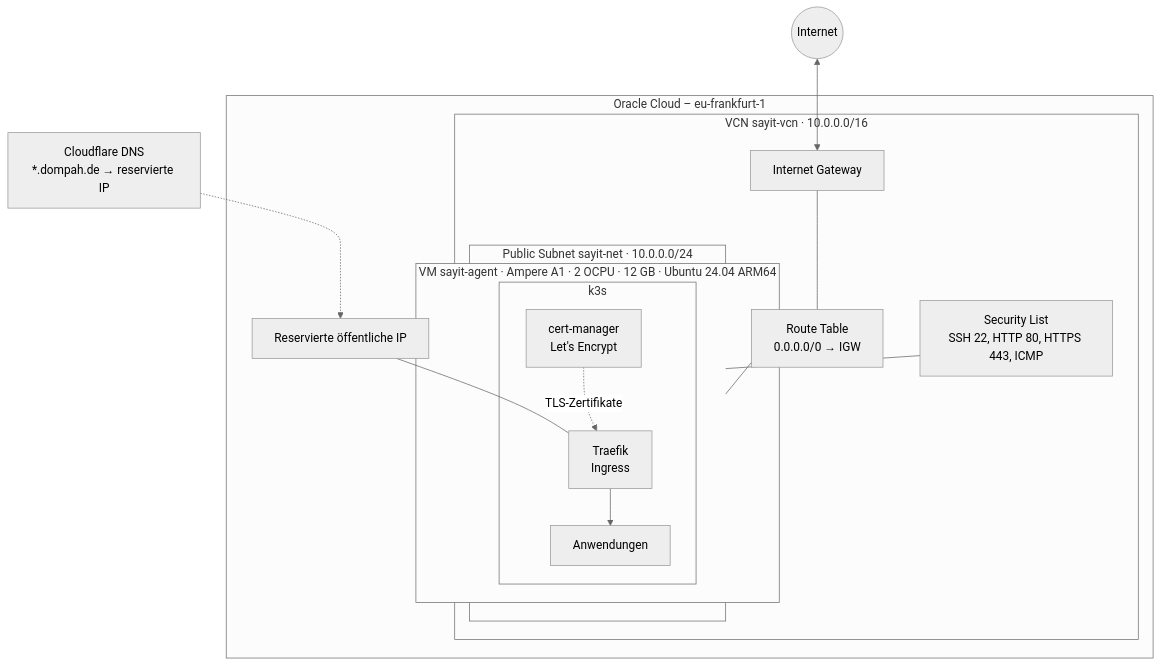
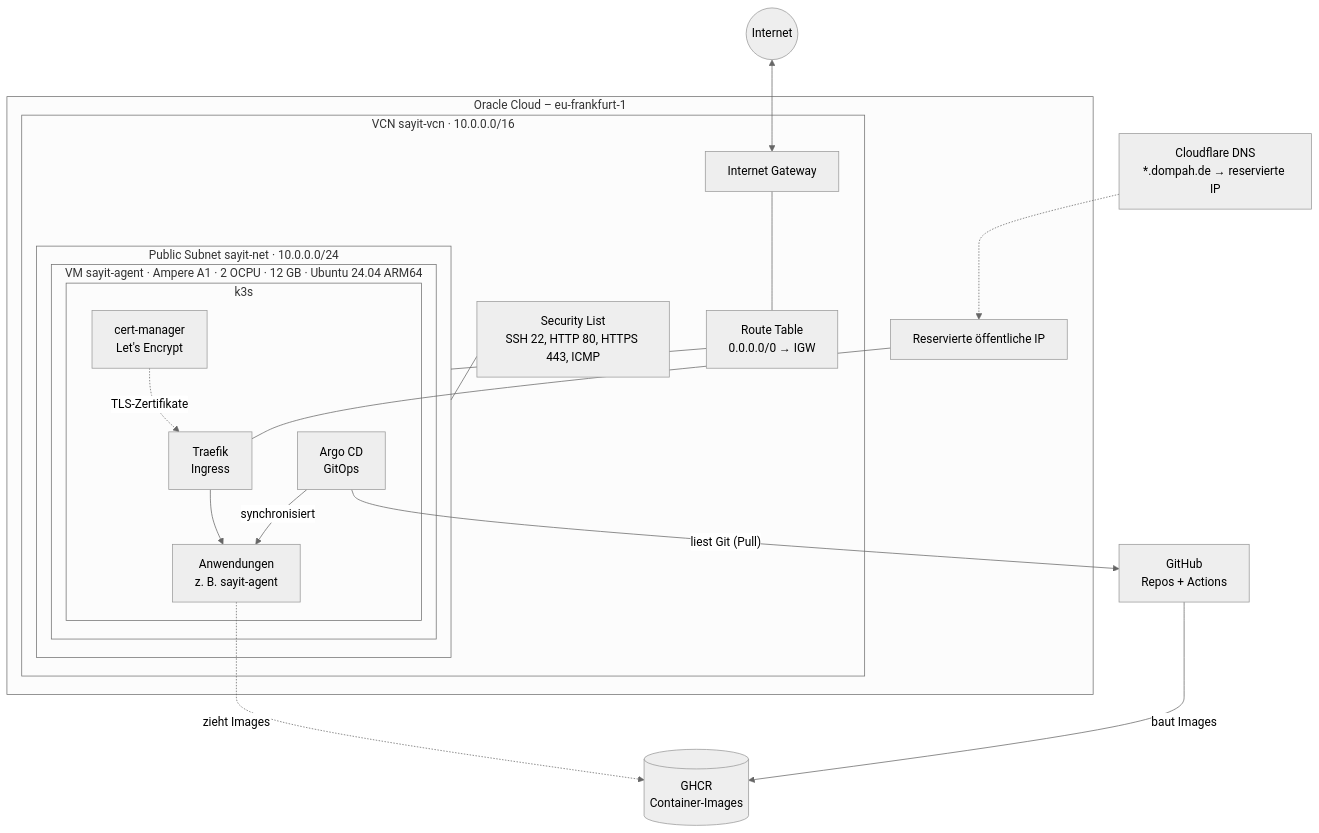
Before and after one commit to DomNicode/oracle-platform: the first of 2 diagrams in README.md, drawn with Mermaid (neutral theme). The commit also changed other lines of this file and 1 other file, not shown here.

Commit message:
Doku: Argo CD, GitOps-Ablauf und Secrets

````diff
--- a/README.md
+++ b/README.md
@@ -12,34 +12,41 @@
 ```mermaid
 flowchart TB
     Internet((Internet))
 
     subgraph OCI["Oracle Cloud – eu-frankfurt-1"]
         subgraph VCN["VCN sayit-vcn · 10.0.0.0/16"]
             IGW[Internet Gateway]
             RT[Route Table<br/>0.0.0.0/0 → IGW]
             SL[Security List<br/>SSH 22, HTTP 80, HTTPS 443, ICMP]
 
             subgraph Subnet["Public Subnet sayit-net · 10.0.0.0/24"]
                 subgraph VM["VM sayit-agent · Ampere A1 · 2 OCPU · 12 GB · Ubuntu 24.04 ARM64"]
                     subgraph K3S["k3s"]
                         TR[Traefik<br/>Ingress]
                         CM[cert-manager<br/>Let's Encrypt]
-                        APPS[Anwendungen]
+                        ARGO[Argo CD<br/>GitOps]
+                        APPS[Anwendungen<br/>z. B. sayit-agent]
                     end
                 end
             end
         end
         IP[Reservierte öffentliche IP]
     end
 
     DNS["Cloudflare DNS<br/>*.dompah.de → reservierte IP"]
+    GH["GitHub<br/>Repos + Actions"]
+    GHCR[("GHCR<br/>Container-Images")]
 
     Internet <--> IGW
     DNS -.-> IP
     IGW --- RT
     RT --- Subnet
     SL --- Subnet
     IP --- TR
     TR --> APPS
     CM -. TLS-Zertifikate .-> TR
+    GH -- "baut Images" --> GHCR
+    ARGO -- "liest Git (Pull)" --> GH
+    ARGO -- "synchronisiert" --> APPS
+    APPS -. "zieht Images" .-> GHCR
 ```
````
